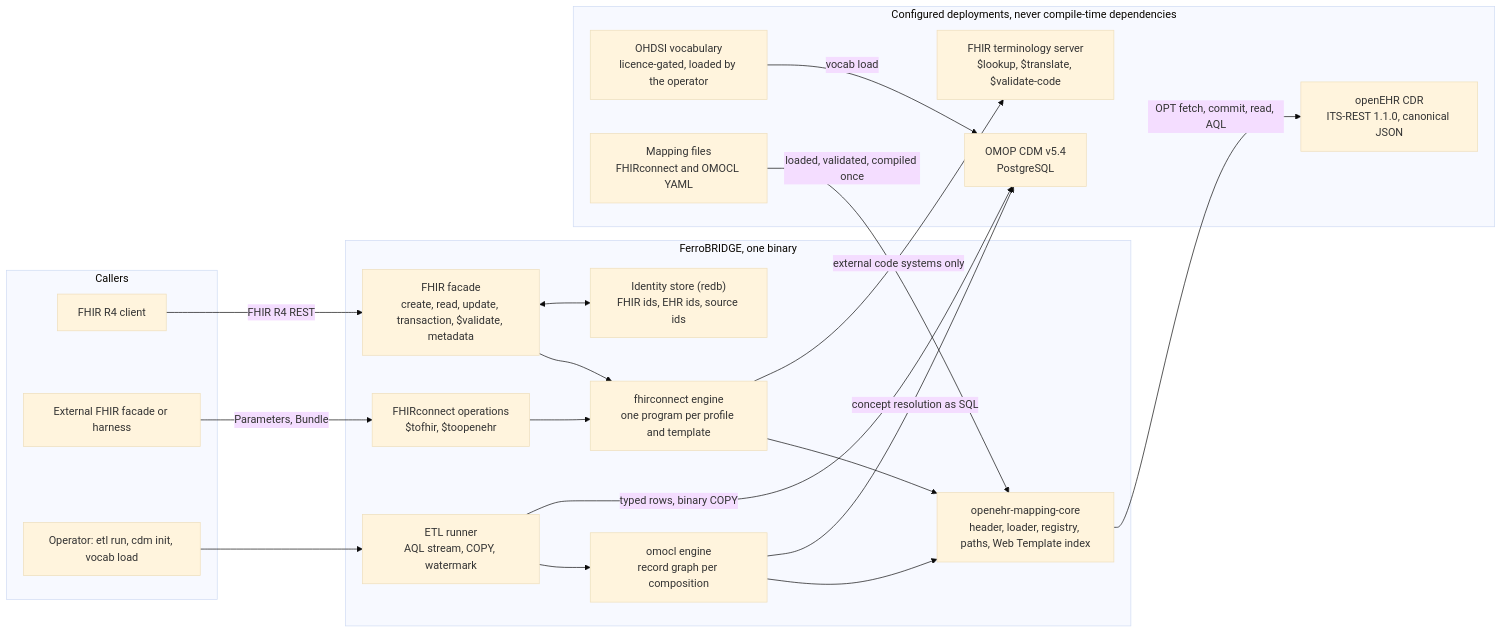
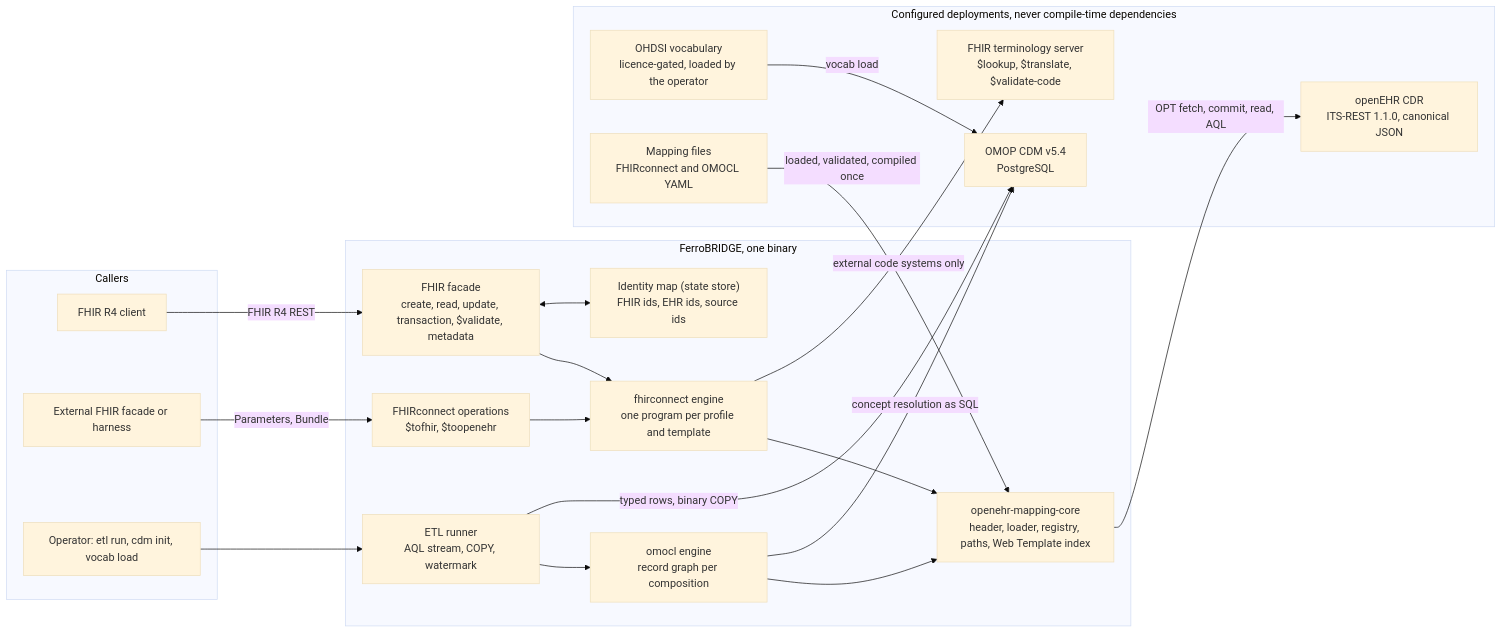
Before and after one commit to FerroHEALTH/FerroBRIDGE: the first of 10 diagrams in docs/architecture.md, drawn with Mermaid (base theme). The commit also changed other lines of this file and 78 other files, not shown here.

First line of the commit message:
feat(facade): keep the identity map in the PostgreSQL state store (#2054)

````diff
--- a/docs/architecture.md
+++ b/docs/architecture.md
@@ -86,39 +86,39 @@
 ```mermaid
 flowchart LR
     subgraph clients["Callers"]
         FC["FHIR R4 client"]
         FF["External FHIR facade or harness"]
         OP["Operator: etl run, cdm init, vocab load"]
     end
     subgraph bridge["FerroBRIDGE, one binary"]
         FAC["FHIR facade<br/>create, read, update, transaction, $validate, metadata"]
         OPS["FHIRconnect operations<br/>$tofhir, $toopenehr"]
         ENG_F["fhirconnect engine<br/>one program per profile and template"]
         ENG_O["omocl engine<br/>record graph per composition"]
         CORE["openehr-mapping-core<br/>header, loader, registry, paths, Web Template index"]
-        ID["Identity store (redb)<br/>FHIR ids, EHR ids, source ids"]
+        ID["Identity map (state store)<br/>FHIR ids, EHR ids, source ids"]
         ETL["ETL runner<br/>AQL stream, COPY, watermark"]
     end
     subgraph outside["Configured deployments, never compile-time dependencies"]
         CDR["openEHR CDR<br/>ITS-REST 1.1.0, canonical JSON"]
         TERM["FHIR terminology server<br/>$lookup, $translate, $validate-code"]
         CDM["OMOP CDM v5.4<br/>PostgreSQL"]
         VOC["OHDSI vocabulary<br/>licence-gated, loaded by the operator"]
         MAP["Mapping files<br/>FHIRconnect and OMOCL YAML"]
     end
     FC -->|"FHIR R4 REST"| FAC
     FF -->|"Parameters, Bundle"| OPS
     OP --> ETL
     FAC --> ENG_F
     OPS --> ENG_F
     FAC <--> ID
     ENG_F --> CORE
     ENG_O --> CORE
     ETL --> ENG_O
     MAP -->|"loaded, validated, compiled once"| CORE
     CORE -->|"OPT fetch, commit, read, AQL"| CDR
     ENG_F -->|"external code systems only"| TERM
     ETL -->|"typed rows, binary COPY"| CDM
     VOC -->|"vocab load"| CDM
     ENG_O -->|"concept resolution as SQL"| CDM
 ```
````
